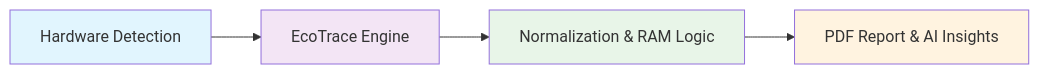
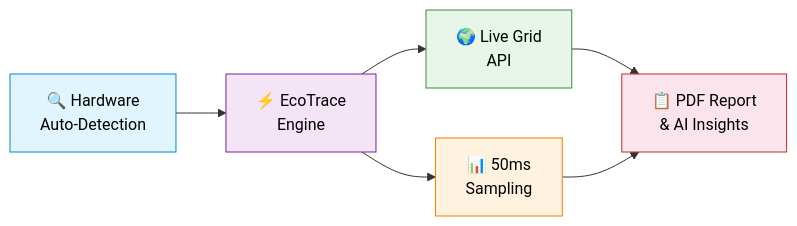
The diagram in README.MD (Zwony/ecotrace), drawn with Mermaid before and after one commit. The commit also changed other lines of this file and 3 other files, not shown here.

Commit message:
docs: Add concrete stress test evidence and AI insights graphs to README

````diff
--- a/README.MD
+++ b/README.MD
@@ -9,10 +33,13 @@
 ```mermaid
 graph LR
-    A[Hardware Detection] --> B[EcoTrace Engine]
-    B --> C[Normalization & RAM Logic]
-    C --> D[PDF Report & AI Insights]
-    style A fill:#e1f5fe
-    style B fill:#f3e5f5
-    style C fill:#e8f5e8
-    style D fill:#fff3e0
+    A["🔍 Hardware<br/>Auto-Detection"] --> B["⚡ EcoTrace<br/>Engine"]
+    B --> C["🌍 Live Grid<br/>API"]
+    B --> D["📊 50ms<br/>Sampling"]
+    C --> E["📋 PDF Report<br/>& AI Insights"]
+    D --> E
+    style A fill:#e1f5fe,stroke:#0288d1,color:#000
+    style B fill:#f3e5f5,stroke:#7b1fa2,color:#000
+    style C fill:#e8f5e9,stroke:#388e3c,color:#000
+    style D fill:#fff3e0,stroke:#f57c00,color:#000
+    style E fill:#fce4ec,stroke:#c62828,color:#000
 ```
````
